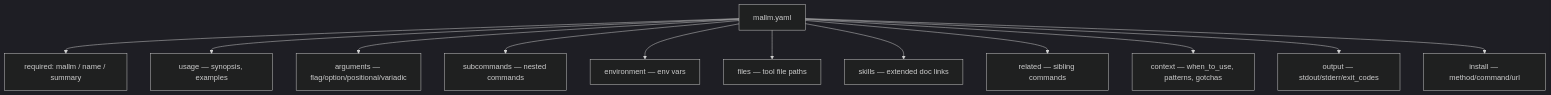
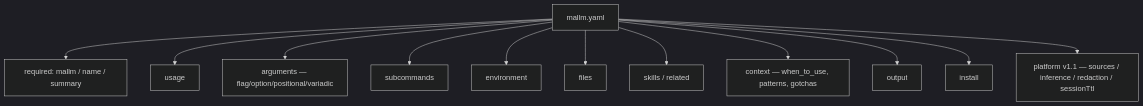
One commit to the-robot-lives/mallm changed the diagram in docs/PROJ-SCHEMA.summary.md. Above: the diagram before and after it, drawn with Mermaid (dark theme). The commit also changed other lines of this file and 8 other files, not shown here.

First line of the commit message:
docs: doc-sweep 2026-10-26 (layout/arch/schema/threat-model)

````diff
--- a/docs/PROJ-SCHEMA.summary.md
+++ b/docs/PROJ-SCHEMA.summary.md
@@ -7,14 +8,14 @@
 ```mermaid
 graph TD
     M[mallm.yaml] --> R[required: mallm / name / summary]
-    M --> U[usage — synopsis, examples]
+    M --> U[usage]
     M --> A[arguments — flag/option/positional/variadic]
-    M --> S[subcommands — nested commands]
-    M --> E[environment — env vars]
-    M --> F[files — tool file paths]
-    M --> K[skills — extended doc links]
-    M --> L[related — sibling commands]
+    M --> S[subcommands]
+    M --> E[environment]
+    M --> F[files]
+    M --> K[skills / related]
     M --> C[context — when_to_use, patterns, gotchas]
-    M --> O[output — stdout/stderr/exit_codes]
-    M --> I[install — method/command/url]
+    M --> O[output]
+    M --> I[install]
+    M --> P[platform v1.1 — sources / inference / redaction / sessionTtl]
 ```
````
